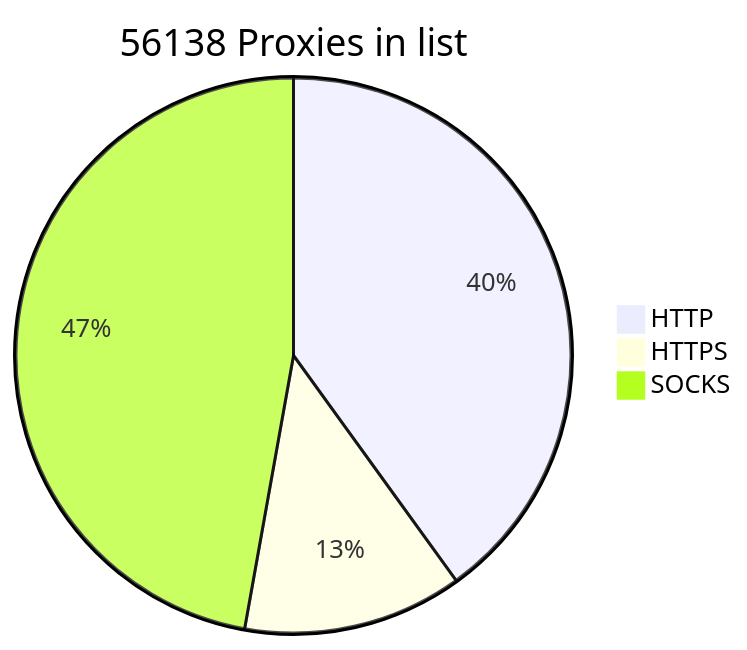
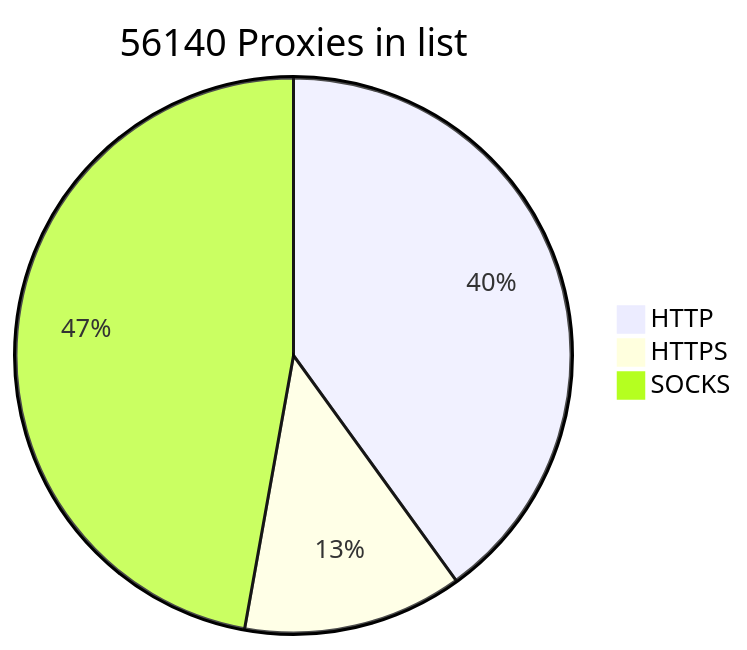
Before and after one commit to BlackSnowDot/proxylist-update-every-minute: the diagram in README.md, drawn with Mermaid.

````diff
--- a/README.md
+++ b/README.md
@@ -2,6 +2,6 @@
 ```mermaid
-pie title 56138 Proxies in list
-    "HTTP" : 25218
+pie title 56140 Proxies in list
+    "HTTP" : 25220
     "HTTPS": 8048
     "SOCKS" : 29716
 ```
````
